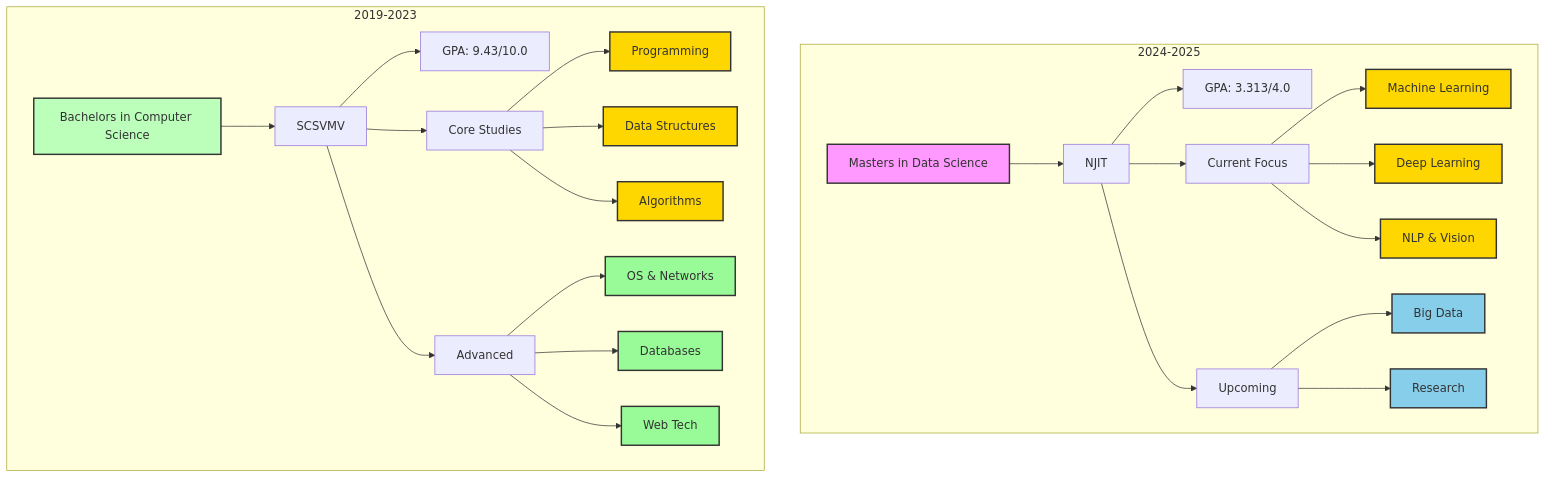
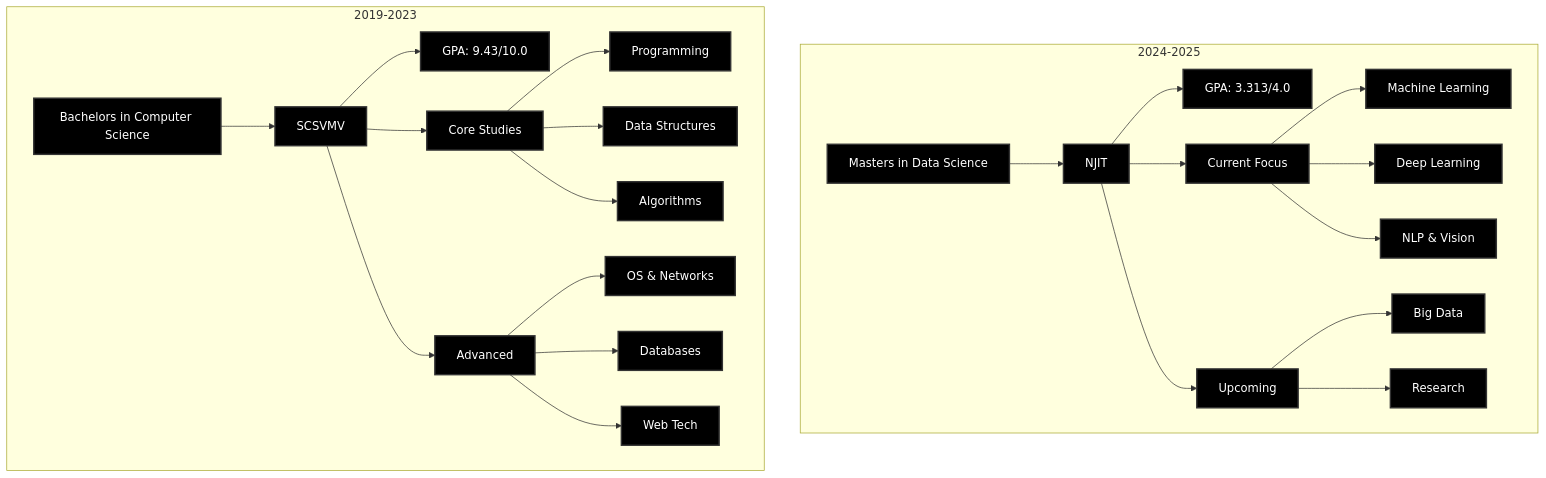
Before and after one commit to saisrinivas194/saisrinivas194: the first of 14 diagrams in README.md, drawn with Mermaid. The commit also changed other lines of this file, not shown here.

````diff
--- a/README.md
+++ b/README.md
@@ -37,36 +37,31 @@
 ```mermaid
 graph TB
-    classDef currentNode fill:#f9f,stroke:#333,stroke-width:2px;
-    classDef completedNode fill:#bfb,stroke:#333,stroke-width:2px;
-    classDef futureNode fill:#bbf,stroke:#333,stroke-width:2px;
-    classDef courseNode fill:#ffd700,stroke:#333,stroke-width:2px;
-    classDef upcomingNode fill:#87ceeb,stroke:#333,stroke-width:2px;
-    classDef advancedNode fill:#98fb98,stroke:#333,stroke-width:2px;
+    classDef default fill:#000000,stroke:#333,stroke-width:2px,color:#ffffff;
 
     subgraph 2024-2025
-    A[Masters in Data Science]:::currentNode
+    A[Masters in Data Science]
     A --> B[NJIT]
     B --> C[GPA: 3.313/4.0]
     B --> D[Current Focus]
-    D --> E[Machine Learning]:::courseNode
-    D --> F[Deep Learning]:::courseNode
-    D --> G[NLP & Vision]:::courseNode
+    D --> E[Machine Learning]
+    D --> F[Deep Learning]
+    D --> G[NLP & Vision]
     B --> H[Upcoming]
-    H --> I[Big Data]:::upcomingNode
-    H --> J[Research]:::upcomingNode
+    H --> I[Big Data]
+    H --> J[Research]
     end
 
     subgraph 2019-2023
-    K[Bachelors in Computer Science]:::completedNode
+    K[Bachelors in Computer Science]
     K --> L[SCSVMV]
     L --> M[GPA: 9.43/10.0]
     L --> N[Core Studies]
-    N --> O[Programming]:::courseNode
-    N --> P[Data Structures]:::courseNode
-    N --> Q[Algorithms]:::courseNode
+    N --> O[Programming]
+    N --> P[Data Structures]
+    N --> Q[Algorithms]
     L --> R[Advanced]
-    R --> S[OS & Networks]:::advancedNode
-    R --> T[Databases]:::advancedNode
-    R --> U[Web Tech]:::advancedNode
+    R --> S[OS & Networks]
+    R --> T[Databases]
+    R --> U[Web Tech]
     end
 ```
````
